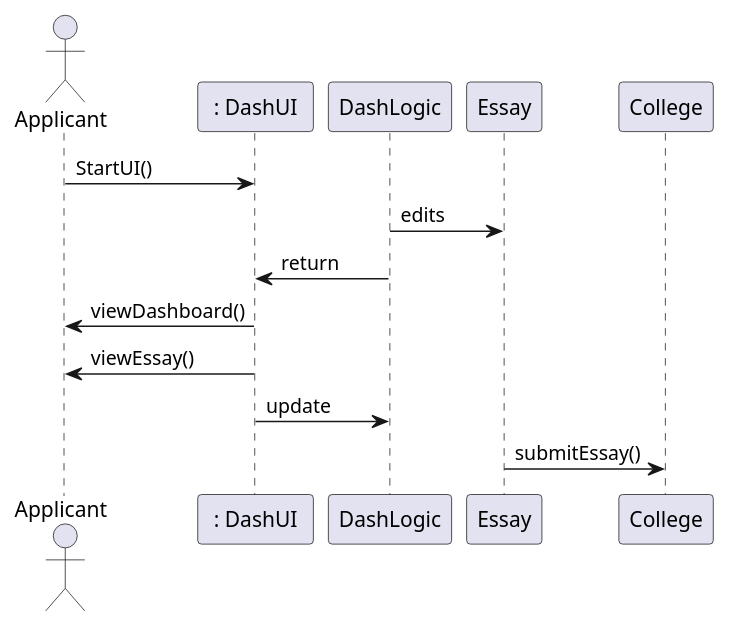
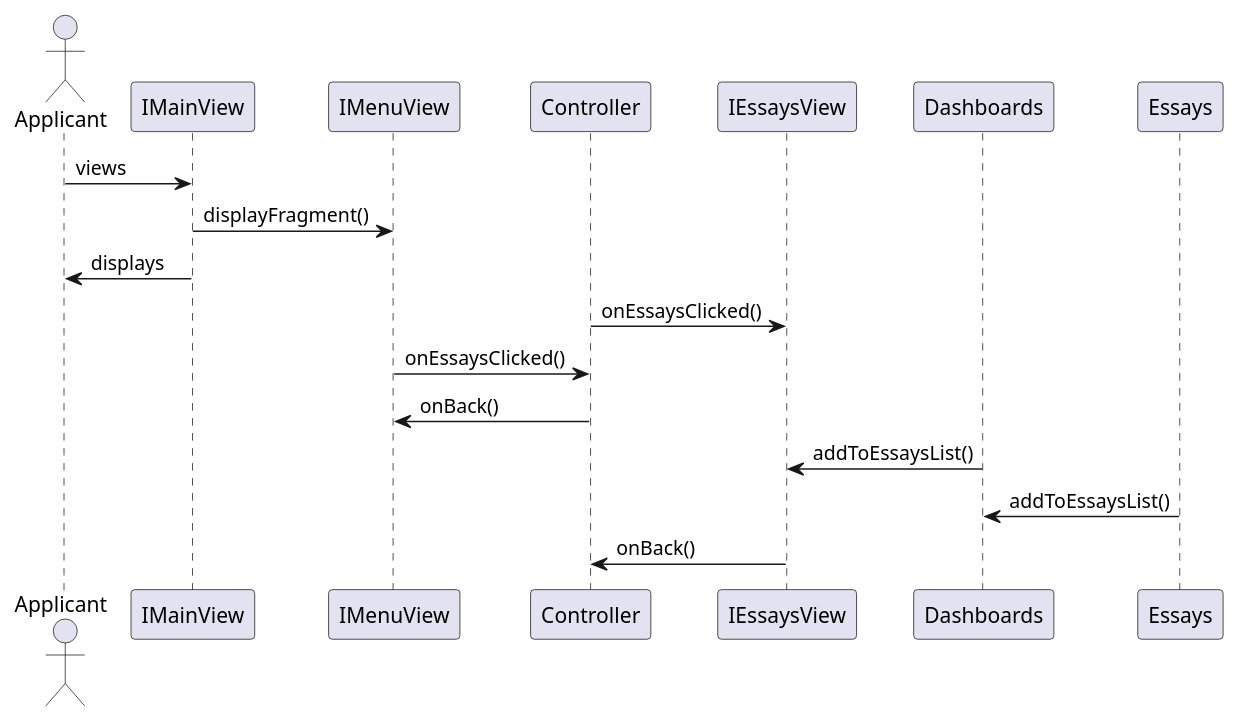
One commit to jlederer33/Essay-Review-App changed the third of 5 diagrams in intellij/doc/design.md. Above: the diagram before and after it, drawn with PlantUML. The commit also changed 7 other files, not shown here.

````diff
--- a/intellij/doc/design.md
+++ b/intellij/doc/design.md
@@ -29,12 +29,13 @@
 ```plantuml
 actor Applicant as applicant
-participant " : DashUI " as DashUI
-applicant-> DashUI : StartUI()
-DashLogic -> Essay : edits
-DashLogic -> DashUI : return
-applicant <- DashUI : viewDashboard()
-applicant <- DashUI : viewEssay()
-DashUI-> DashLogic : update
-Essay -> College : submitEssay()
 
+applicant-> IMainView : views
+IMainView -> IMenuView : displayFragment()
+applicant <- IMainView : displays
+Controller -> IEssaysView : onEssaysClicked()
+Controller <- IMenuView : onEssaysClicked()
+Controller -> IMenuView: onBack()
+IEssaysView <- Dashboards : addToEssaysList()
+Dashboards <- Essays : addToEssaysList()
+IEssaysView -> Controller : onBack()
 ```
````
